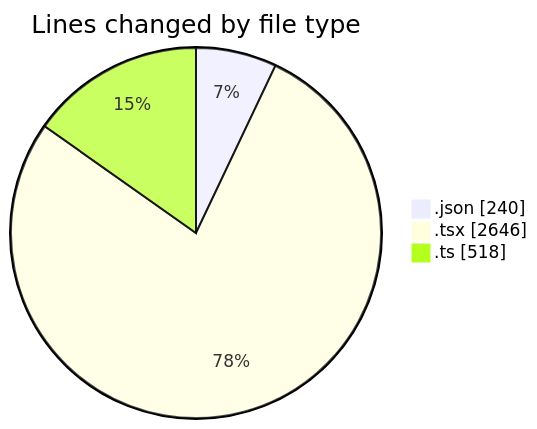
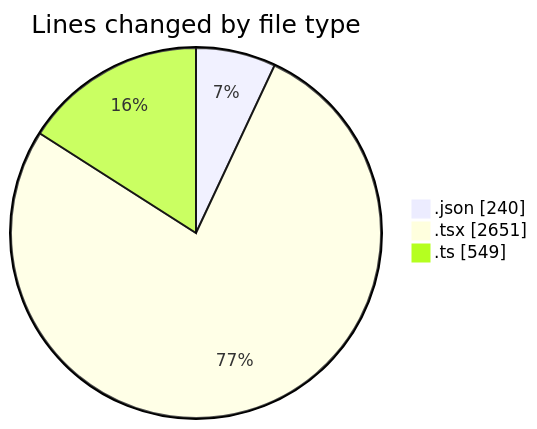
One commit to julien-gomy/code-tracking changed the first of 2 diagrams in 2025-11-17/eventscop-frontend-guide__workspace_/README.md. Above: the diagram before and after it, drawn with Mermaid. The commit also changed other lines of this file and 1 other file, not shown here.

````diff
--- a/2025-11-17/eventscop-frontend-guide__workspace_/README.md
+++ b/2025-11-17/eventscop-frontend-guide__workspace_/README.md
@@ -36,7 +37,7 @@
 ```mermaid
 pie showData
 title Lines changed by file type
 ".json" : 240
-".tsx" : 2646
-".ts" : 518
+".tsx" : 2651
+".ts" : 549
 ```
````
